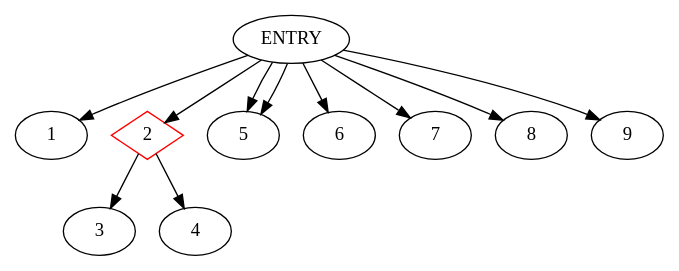
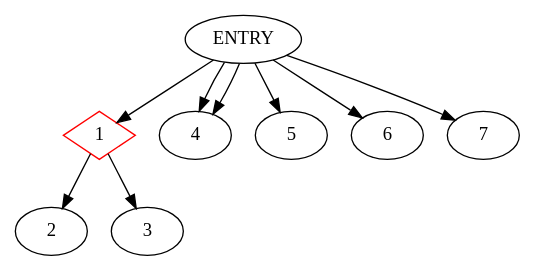
The diagram in Testgen/Testgen_Sonam/Testgen/CDG.dot (akshitij/TestgenRepo), drawn with Graphviz before and after one commit. The commit also changed 55 other files, not shown here.

```diff
--- a/Testgen/Testgen_Sonam/Testgen/CDG.dot
+++ b/Testgen/Testgen_Sonam/Testgen/CDG.dot
@@ -1,13 +1,11 @@
 digraph CDG {
+1 [shape=diamond, color=red]
 ENTRY -> 1
-2 [shape=diamond, color=red]
-ENTRY -> 2
-2-> 3
-2-> 4
-ENTRY -> 5
+1-> 2
+1-> 3
+ENTRY -> 4
+ENTRY -> 4
 ENTRY -> 5
 ENTRY -> 6
 ENTRY -> 7
-ENTRY -> 8
-ENTRY -> 9
 }
```
